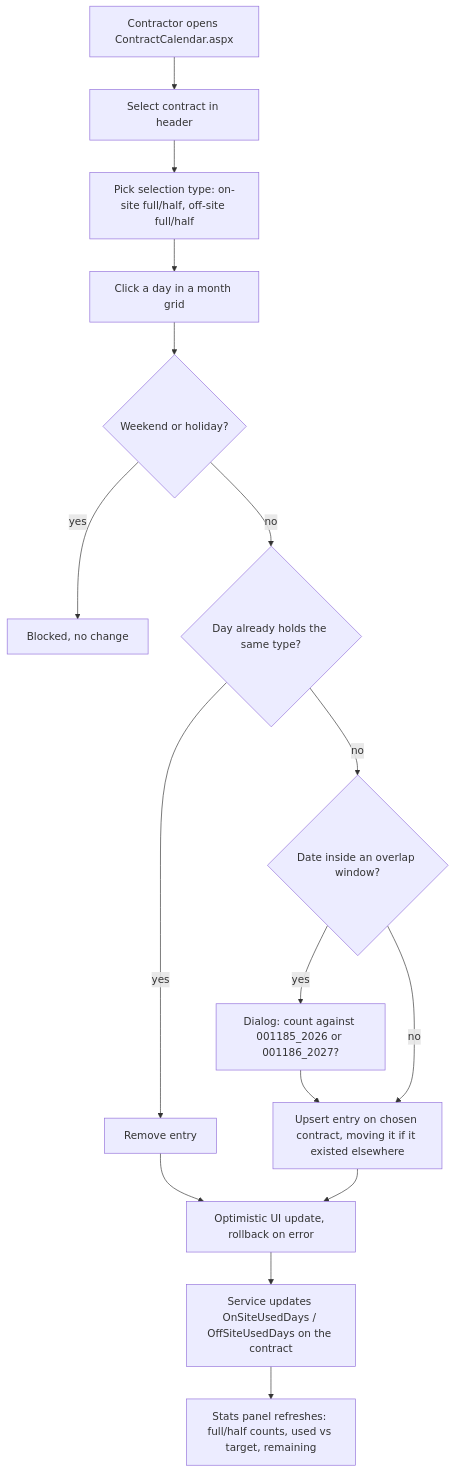
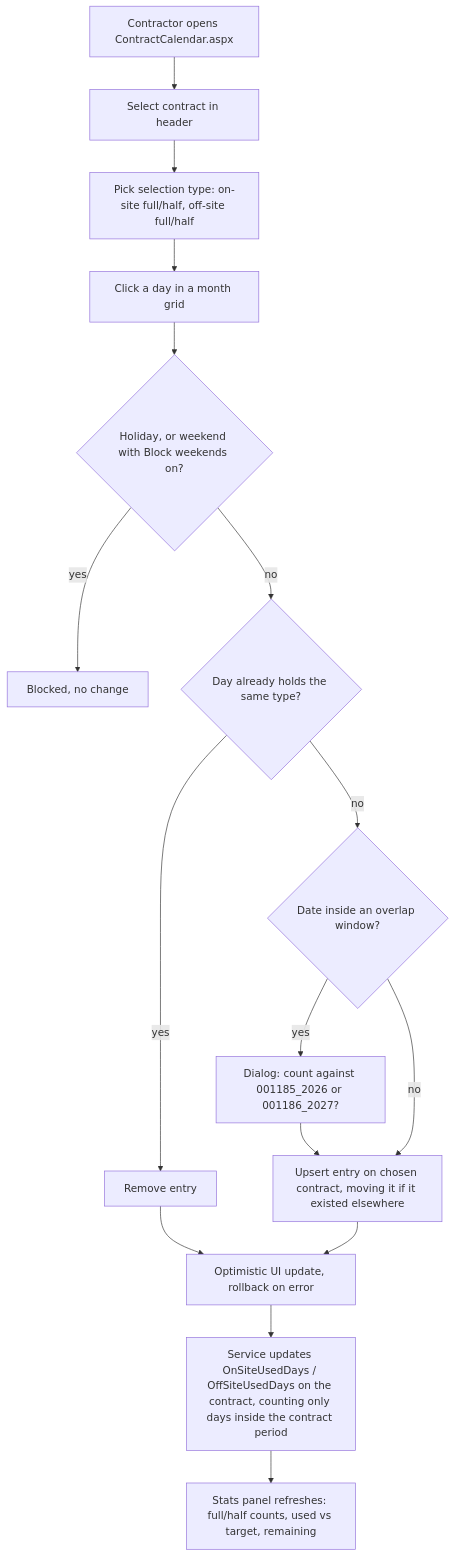
One commit to Sartor87/orpheus-systems-sharepoint changed the first of 2 diagrams in architecture/02-phase-b-business-architecture.md. Above: the diagram before and after it, drawn with Mermaid. The commit also changed other lines of this file and 12 other files, not shown here.

First line of the commit message:
docs(architecture): diagrams and ADR amendments for provisioning, roles and CI

````diff
--- a/architecture/02-phase-b-business-architecture.md
+++ b/architecture/02-phase-b-business-architecture.md
@@ -63,18 +63,18 @@
 ```mermaid
 flowchart TD
   A[Contractor opens ContractCalendar.aspx] --> B[Select contract in header]
   B --> C[Pick selection type: on-site full/half, off-site full/half]
   C --> D[Click a day in a month grid]
-  D --> E{Weekend or holiday?}
+  D --> E{"Holiday, or weekend with Block weekends on?"}
   E -- yes --> X[Blocked, no change]
   E -- no --> F{Day already holds the same type?}
   F -- yes --> G[Remove entry]
   F -- no --> H{Date inside an overlap window?}
   H -- yes --> I["Dialog: count against 001185_2026 or 001186_2027?"]
   I --> J[Upsert entry on chosen contract, moving it if it existed elsewhere]
   H -- no --> J
   G --> K[Optimistic UI update, rollback on error]
   J --> K
-  K --> L[Service updates OnSiteUsedDays / OffSiteUsedDays on the contract]
+  K --> L[Service updates OnSiteUsedDays / OffSiteUsedDays on the contract, counting only days inside the contract period]
   L --> M[Stats panel refreshes: full/half counts, used vs target, remaining]
 ```
````
